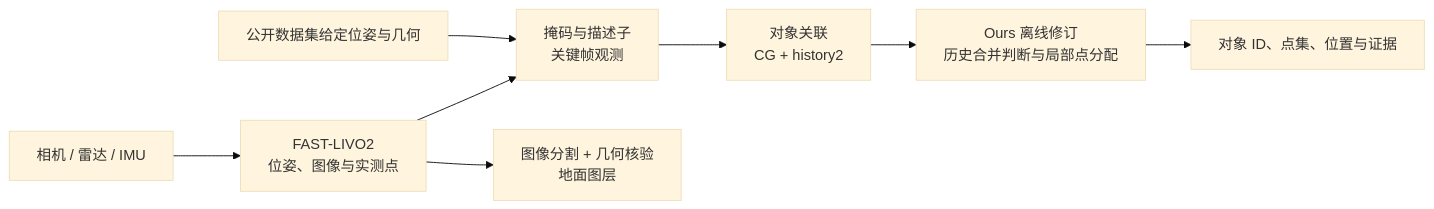
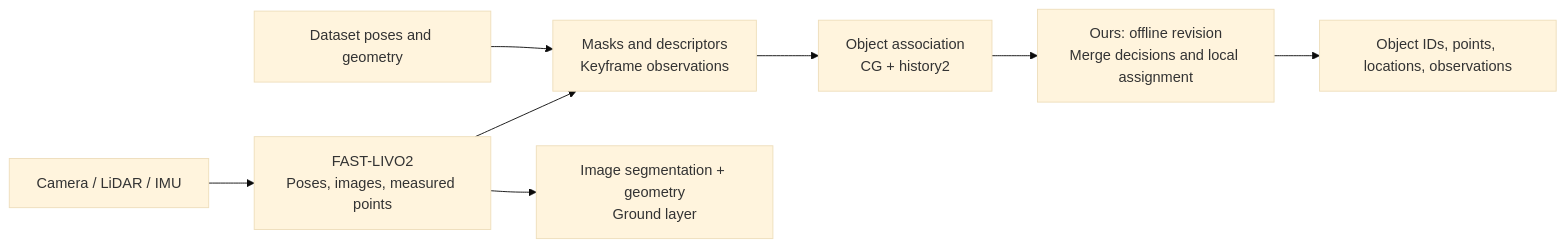
Before and after one commit to YanYaoyuan/omni_slam: the diagram in README.md, drawn with Mermaid (base theme). The commit also changed other lines of this file and 4 other files, not shown here.

````diff
--- a/README.md
+++ b/README.md
@@ -59,10 +63,10 @@
 ```mermaid
 flowchart LR
-    Sensors[相机 / 雷达 / IMU] --> LIVO["FAST-LIVO2<br/>位姿、图像与实测点"]
-    Dataset[公开数据集给定位姿与几何] --> Observations
-    LIVO --> Observations["掩码与描述子<br/>关键帧观测"]
-    Observations --> Backbone["对象关联<br/>CG + history2"]
-    Backbone --> Revision["Ours 离线修订<br/>历史合并判断与局部点分配"]
-    Revision --> Map[对象 ID、点集、位置与证据]
-    LIVO --> Ground["图像分割 + 几何核验<br/>地面图层"]
+    Sensors[Camera / LiDAR / IMU] --> LIVO["FAST-LIVO2<br/>Poses, images, measured points"]
+    Dataset[Dataset poses and geometry] --> Observations
+    LIVO --> Observations["Masks and descriptors<br/>Keyframe observations"]
+    Observations --> Backbone["Object association<br/>CG + history2"]
+    Backbone --> Revision["Ours: offline revision<br/>Merge decisions and local assignment"]
+    Revision --> Map[Object IDs, points, locations, observations]
+    LIVO --> Ground["Image segmentation + geometry<br/>Ground layer"]
 ```
````
